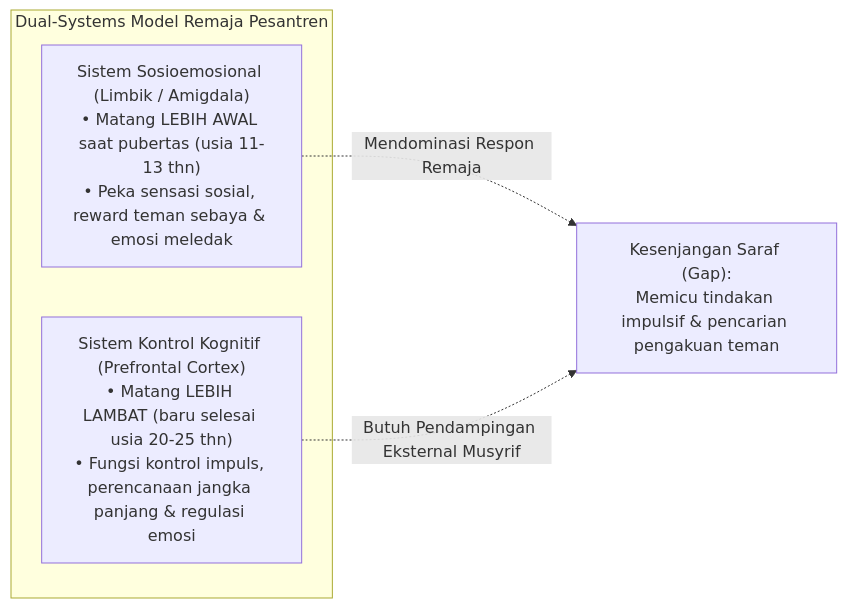
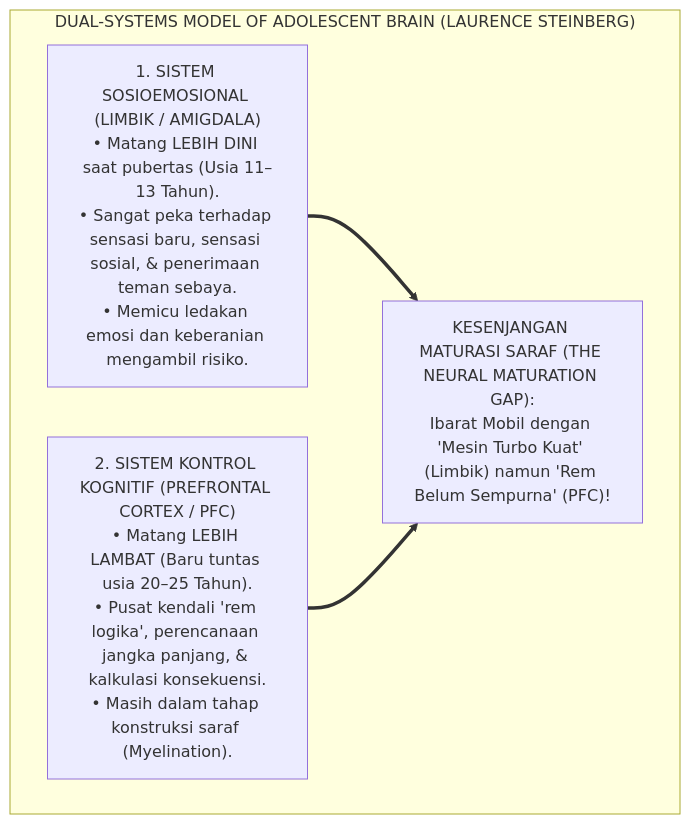
The third of 7 diagrams in 02 Principles/04 Development Principles/P2-04-01-Prinsip-Maturitas-Neurosains-Remaja.md (wandiapriliyandi/tumbuh), drawn with Mermaid before and after one commit. The commit also changed other lines of this file and 42 other files, not shown here.

````diff
--- a/02 Principles/04 Development Principles/P2-04-01-Prinsip-Maturitas-Neurosains-Remaja.md
+++ b/02 Principles/04 Development Principles/P2-04-01-Prinsip-Maturitas-Neurosains-Remaja.md
@@ -10,9 +102,12 @@
 ```mermaid
-graph LR
-    subgraph Kesenjangan_Maturitas_Otak["Dual-Systems Model Remaja Pesantren"]
-        Limbik["Sistem Sosioemosional (Limbik / Amigdala)<br/>• Matang LEBIH AWAL saat pubertas (usia 11-13 thn)<br/>• Peka sensasi sosial, reward teman sebaya & emosi meledak"]
-        PFC["Sistem Kontrol Kognitif (Prefrontal Cortex)<br/>• Matang LEBIH LAMBAT (baru selesai usia 20-25 thn)<br/>• Fungsi kontrol impuls, perencanaan jangka panjang & regulasi emosi"]
+graph TD
+    subgraph DualSystemsModelSteinberg["DUAL-SYSTEMS MODEL OF ADOLESCENT BRAIN (LAURENCE STEINBERG)"]
+        Limbik["1. SISTEM SOSIOEMOSIONAL (LIMBIK / AMIGDALA)<br/>• Matang LEBIH DINI saat pubertas (Usia 11–13 Tahun).<br/>• Sangat peka terhadap sensasi baru, sensasi sosial, & penerimaan teman sebaya.<br/>• Memicu ledakan emosi dan keberanian mengambil risiko."]
+        
+        PFC["2. SISTEM KONTROL KOGNITIF (PREFRONTAL CORTEX / PFC)<br/>• Matang LEBIH LAMBAT (Baru tuntas usia 20–25 Tahun).<br/>• Pusat kendali 'rem logika', perencanaan jangka panjang, & kalkulasi konsekuensi.<br/>• Masih dalam tahap konstruksi saraf (Myelination)."]
+        
+        Gap["KESENJANGAN MATURASI SARAF (THE NEURAL MATURATION GAP):<br/>Ibarat Mobil dengan 'Mesin Turbo Kuat' (Limbik) namun 'Rem Belum Sempurna' (PFC)!"]
+        
+        Limbik & PFC ==> Gap
     end
-    Limbik -.->|Mendominasi Respon Remaja| Impulsif["Kesenjangan Saraf (Gap):<br/>Memicu tindakan impulsif & pencarian pengakuan teman"]
-    PFC -.->|Butuh Pendampingan Eksternal Musyrif| Impulsif
 ```
````
